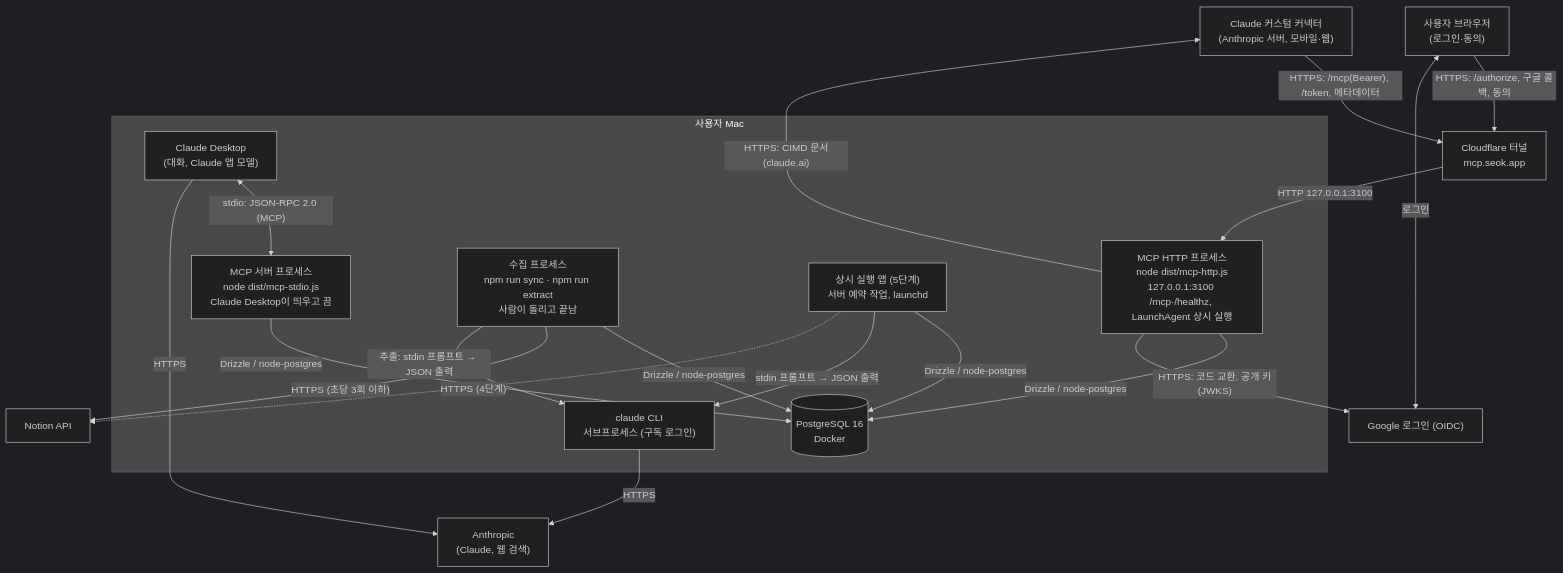
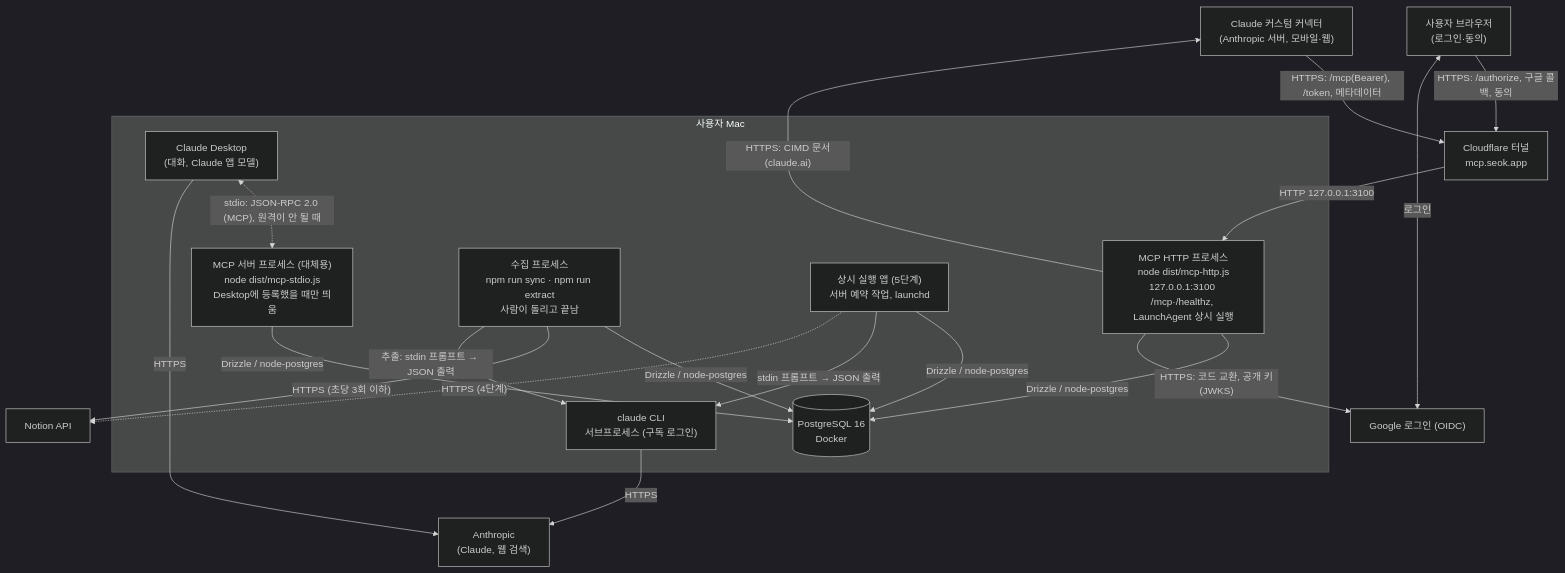
One commit to Wonchang0314/growth-assistant changed the diagram in docs/architecture/c4-2-container.md. Above: the diagram before and after it, drawn with Mermaid (dark theme). The commit also changed other lines of this file and 7 other files, not shown here.

````diff
--- a/docs/architecture/c4-2-container.md
+++ b/docs/architecture/c4-2-container.md
@@ -5,36 +5,36 @@
 ```mermaid
 flowchart TB
     notion["Notion API"]
     claudeCloud["Claude 커스텀 커넥터<br/>(Anthropic 서버, 모바일·웹)"]
     browser["사용자 브라우저<br/>(로그인·동의)"]
     google["Google 로그인 (OIDC)"]
     tunnel["Cloudflare 터널<br/>mcp.seok.app"]
 
     subgraph mac["사용자 Mac"]
         desktop["Claude Desktop<br/>(대화, Claude 앱 모델)"]
-        mcpProc["MCP 서버 프로세스<br/>node dist/mcp-stdio.js<br/>Claude Desktop이 띄우고 끔"]
+        mcpProc["MCP 서버 프로세스 (대체용)<br/>node dist/mcp-stdio.js<br/>Desktop에 등록했을 때만 띄움"]
         mcpHttp["MCP HTTP 프로세스<br/>node dist/mcp-http.js<br/>127.0.0.1:3100 /mcp·/healthz, LaunchAgent 상시 실행"]
         syncProc["수집 프로세스<br/>npm run sync · npm run extract<br/>사람이 돌리고 끝남"]
         app["상시 실행 앱 (5단계)<br/>서버 예약 작업, launchd"]
         db[("PostgreSQL 16<br/>Docker")]
         cli["claude CLI<br/>서브프로세스 (구독 로그인)"]
     end
 
-    desktop <-- "stdio: JSON-RPC 2.0 (MCP)" --> mcpProc
+    desktop <-. "stdio: JSON-RPC 2.0 (MCP), 원격이 안 될 때" .-> mcpProc
     desktop -- "HTTPS" --> anthropic
     mcpProc -- "Drizzle / node-postgres" --> db
     mcpHttp -- "Drizzle / node-postgres" --> db
     claudeCloud -- "HTTPS: /mcp(Bearer), /token, 메타데이터" --> tunnel
     browser -- "HTTPS: /authorize, 구글 콜백, 동의" --> tunnel
     tunnel -- "HTTP 127.0.0.1:3100" --> mcpHttp
     browser <-- "로그인" --> google
     mcpHttp -- "HTTPS: 코드 교환, 공개 키(JWKS)" --> google
     mcpHttp -- "HTTPS: CIMD 문서(claude.ai)" --> claudeCloud
     syncProc -- "Drizzle / node-postgres" --> db
     app -- "Drizzle / node-postgres" --> db
     app -- "stdin 프롬프트 → JSON 출력" --> cli
     cli -- "HTTPS" --> anthropic["Anthropic<br/>(Claude, 웹 검색)"]
     syncProc -- "HTTPS (초당 3회 이하)" --> notion
     syncProc -- "추출: stdin 프롬프트 → JSON 출력" --> cli
     app -. "HTTPS (4단계)" .-> notion
 ```
````
